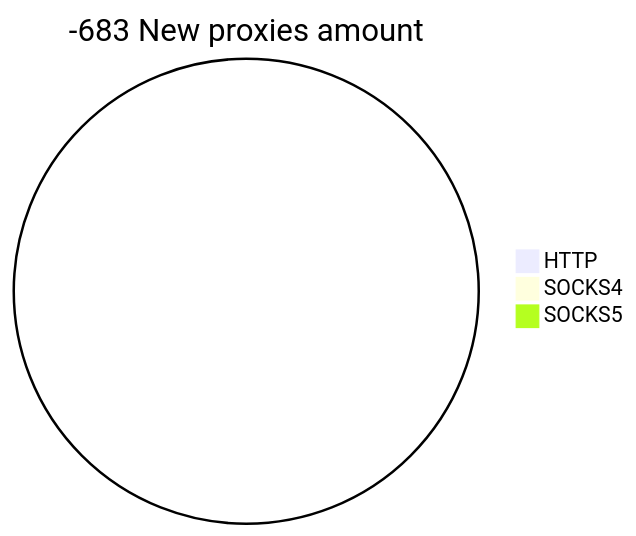
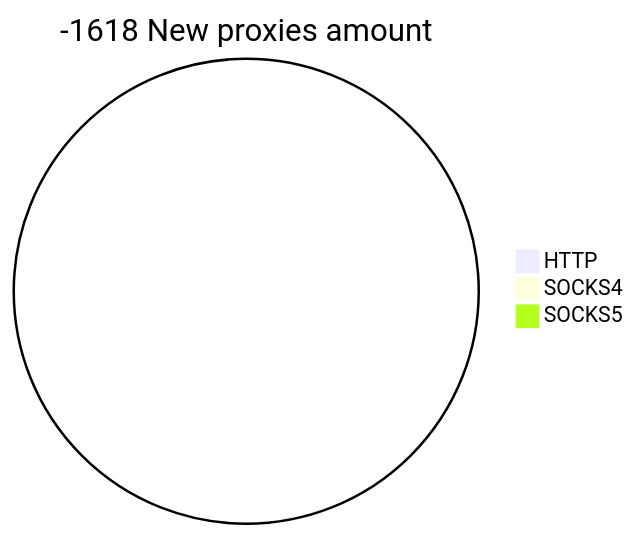
Before and after one commit to cutipu/proxylist: the second of 2 diagrams in README.md, drawn with Mermaid. The commit also changed other lines of this file, not shown here.

````diff
--- a/README.md
+++ b/README.md
@@ -10,6 +10,6 @@
 ```mermaid
-pie title -683 New proxies amount
+pie title -1618 New proxies amount
     "HTTP" : 0
     "SOCKS4" : 0
     "SOCKS5" : 0
 ```
````
